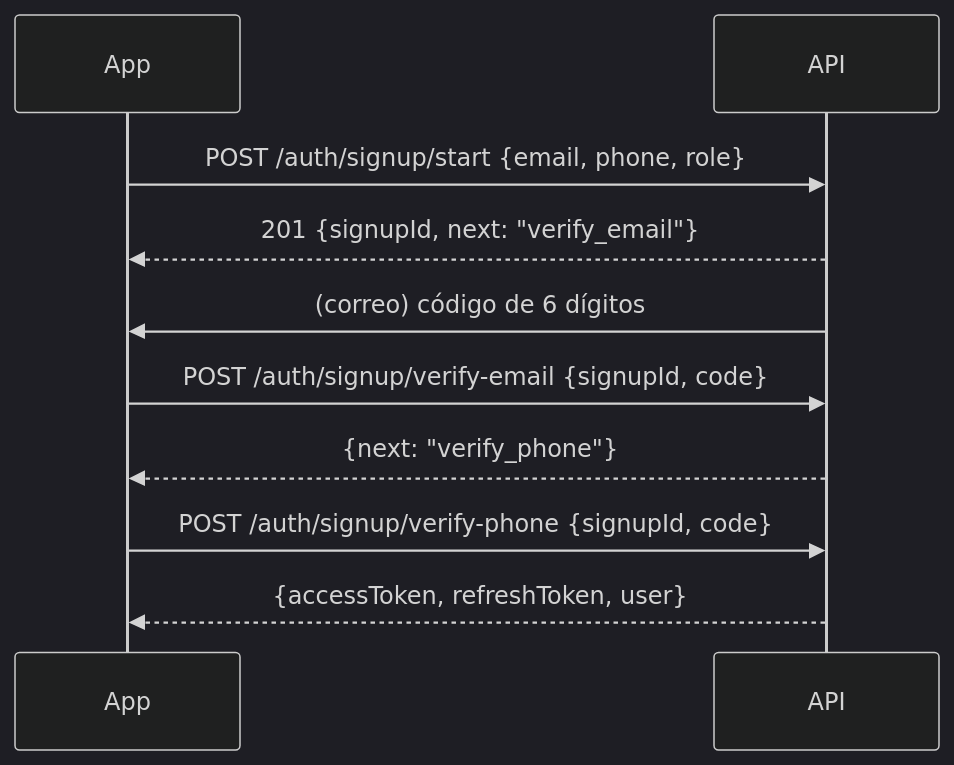
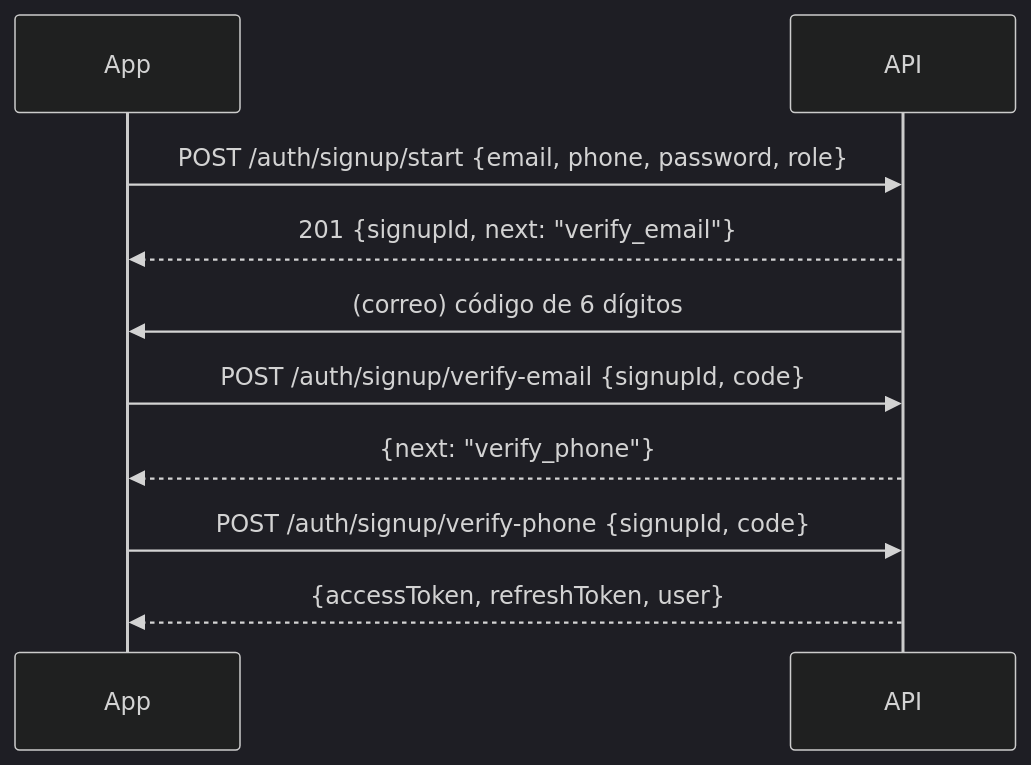
One commit to Omar52344/buyersclub changed the diagram in docs/04-api.md. Above: the diagram before and after it, drawn with Mermaid (dark theme). The commit also changed other lines of this file and 36 other files, not shown here.

````diff
--- a/docs/04-api.md
+++ b/docs/04-api.md
@@ -43,12 +43,12 @@
 ```mermaid
 sequenceDiagram
   participant App
   participant API
-  App->>API: POST /auth/signup/start {email, phone, role}
+  App->>API: POST /auth/signup/start {email, phone, password, role}
   API-->>App: 201 {signupId, next: "verify_email"}
   API->>App: (correo) código de 6 dígitos
   App->>API: POST /auth/signup/verify-email {signupId, code}
   API-->>App: {next: "verify_phone"}
   App->>API: POST /auth/signup/verify-phone {signupId, code}
   API-->>App: {accessToken, refreshToken, user}
 ```
````
